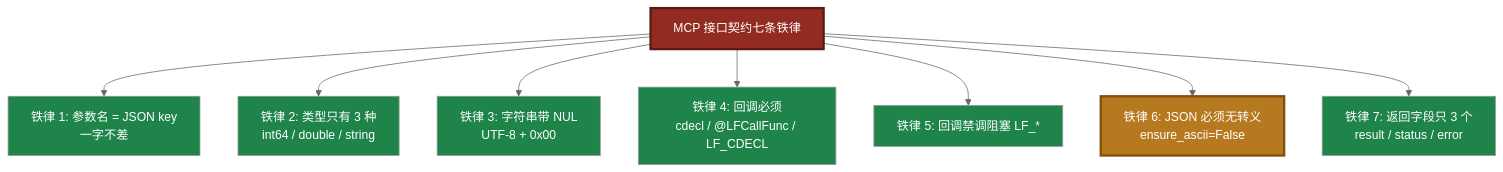
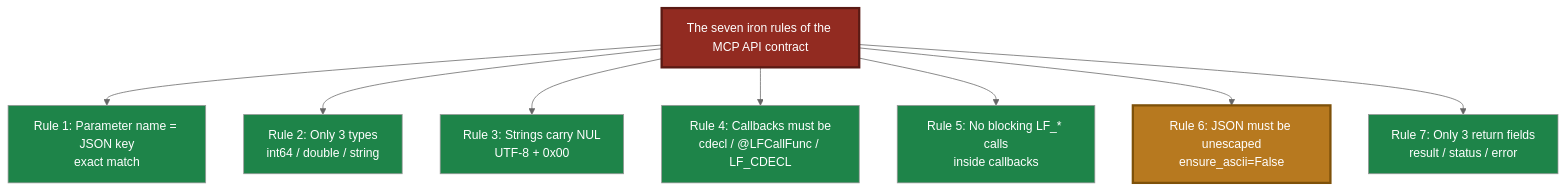
Before and after one commit to PassByYou888/LingoFuse-Tools: the second of 13 diagrams in src/pascal_c_to_mcp/MCP_API_Contract.md, drawn with Mermaid (neutral theme). The commit also changed other lines of this file, not shown here.

````diff
--- a/src/pascal_c_to_mcp/MCP_API_Contract.md
+++ b/src/pascal_c_to_mcp/MCP_API_Contract.md
@@ -90,20 +90,20 @@
 ```mermaid
 flowchart TD
-    R["MCP 接口契约七条铁律"]
-    R --> L1["铁律 1: 参数名 = JSON key<br/>一字不差"]
-    R --> L2["铁律 2: 类型只有 3 种<br/>int64 / double / string"]
-    R --> L3["铁律 3: 字符串带 NUL<br/>UTF-8 + 0x00"]
-    R --> L4["铁律 4: 回调必须<br/>cdecl / @LFCallFunc / LF_CDECL"]
-    R --> L5["铁律 5: 回调禁调阻塞 LF_*"]
-    R --> L6["铁律 6: JSON 必须无转义<br/>ensure_ascii=False"]
-    R --> L7["铁律 7: 返回字段只 3 个<br/>result / status / error"]
+    R["The seven iron rules of the MCP API contract"]
+    R --> L1["Rule 1: Parameter name = JSON key<br/>exact match"]
+    R --> L2["Rule 2: Only 3 types<br/>int64 / double / string"]
+    R --> L3["Rule 3: Strings carry NUL<br/>UTF-8 + 0x00"]
+    R --> L4["Rule 4: Callbacks must be<br/>cdecl / @LFCallFunc / LF_CDECL"]
+    R --> L5["Rule 5: No blocking LF_* calls<br/>inside callbacks"]
+    R --> L6["Rule 6: JSON must be unescaped<br/>ensure_ascii=False"]
+    R --> L7["Rule 7: Only 3 return fields<br/>result / status / error"]
 
     style R fill:#922B21,stroke:#5A1A14,stroke-width:3px,color:#FFFFFF
     style L6 fill:#B7791F,stroke:#7E5109,stroke-width:3px,color:#FFFFFF
     style L1 fill:#1E8449,color:#FFFFFF
     style L2 fill:#1E8449,color:#FFFFFF
     style L3 fill:#1E8449,color:#FFFFFF
     style L4 fill:#1E8449,color:#FFFFFF
     style L5 fill:#1E8449,color:#FFFFFF
     style L7 fill:#1E8449,color:#FFFFFF
 ```
````
